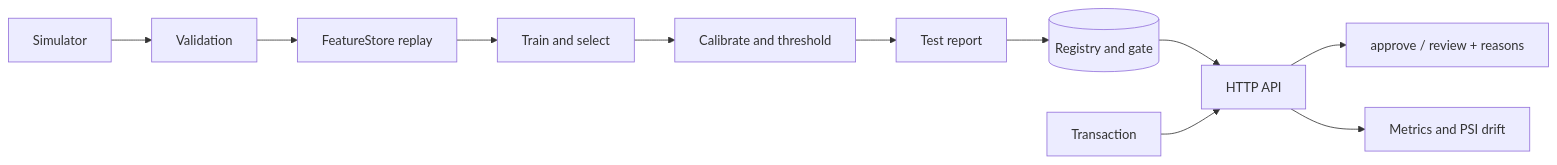
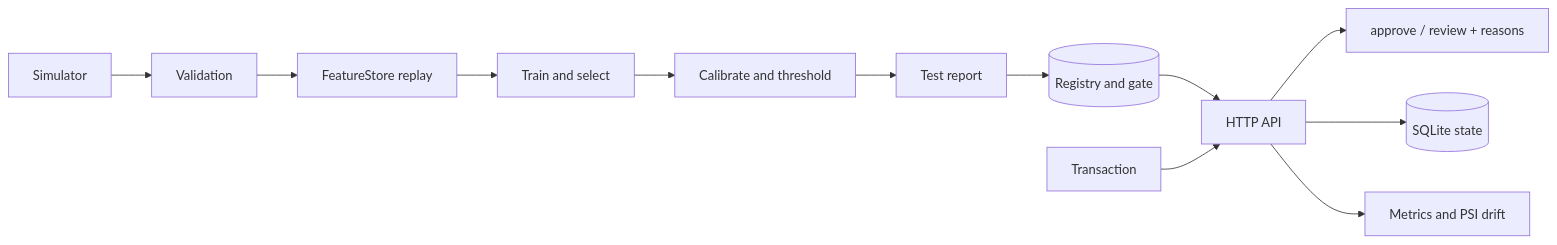
The diagram in README.md (CodeWizardXyash/fraudshield), drawn with Mermaid before and after one commit. The commit also changed other lines of this file and 7 other files, not shown here.

````diff
--- a/README.md
+++ b/README.md
@@ -33,9 +36,10 @@
 ```mermaid
 flowchart LR
   S[Simulator] --> V[Validation] --> F[FeatureStore replay]
   F --> T[Train and select] --> C[Calibrate and threshold] --> E[Test report]
   E --> R[(Registry and gate)]
   R --> A[HTTP API]
   Q[Transaction] --> A --> D[approve / review + reasons]
+  A --> DB[(SQLite state)]
   A --> M[Metrics and PSI drift]
 ```
````
